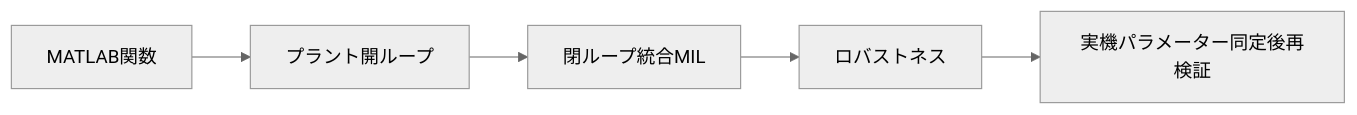
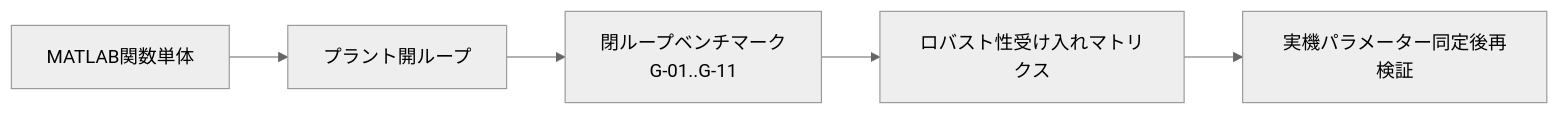
One commit to nenecchiCV/ball-balancing-omni-rover changed the diagram in specs/hardware_design/controll/ball_balancing_omnirover3wd/ball_balancing_omnirover3wd-test-plan.md. Above: the diagram before and after it, drawn with Mermaid (neutral theme). The commit also changed other lines of this file and 9 other files, not shown here.

````diff
--- a/specs/hardware_design/controll/ball_balancing_omnirover3wd/ball_balancing_omnirover3wd-test-plan.md
+++ b/specs/hardware_design/controll/ball_balancing_omnirover3wd/ball_balancing_omnirover3wd-test-plan.md
@@ -13,7 +14,7 @@
 ```mermaid
 flowchart LR
-  C[MATLAB関数] --> P[プラント開ループ]
-  P --> I[閉ループ統合MIL]
-  I --> R[ロバストネス]
+  C[MATLAB関数単体] --> P[プラント開ループ]
+  P --> I[閉ループベンチマーク<br/>G-01..G-11]
+  I --> R[ロバスト性受け入れマトリクス]
   R --> H[実機パラメーター同定後再検証]
 ```
````
